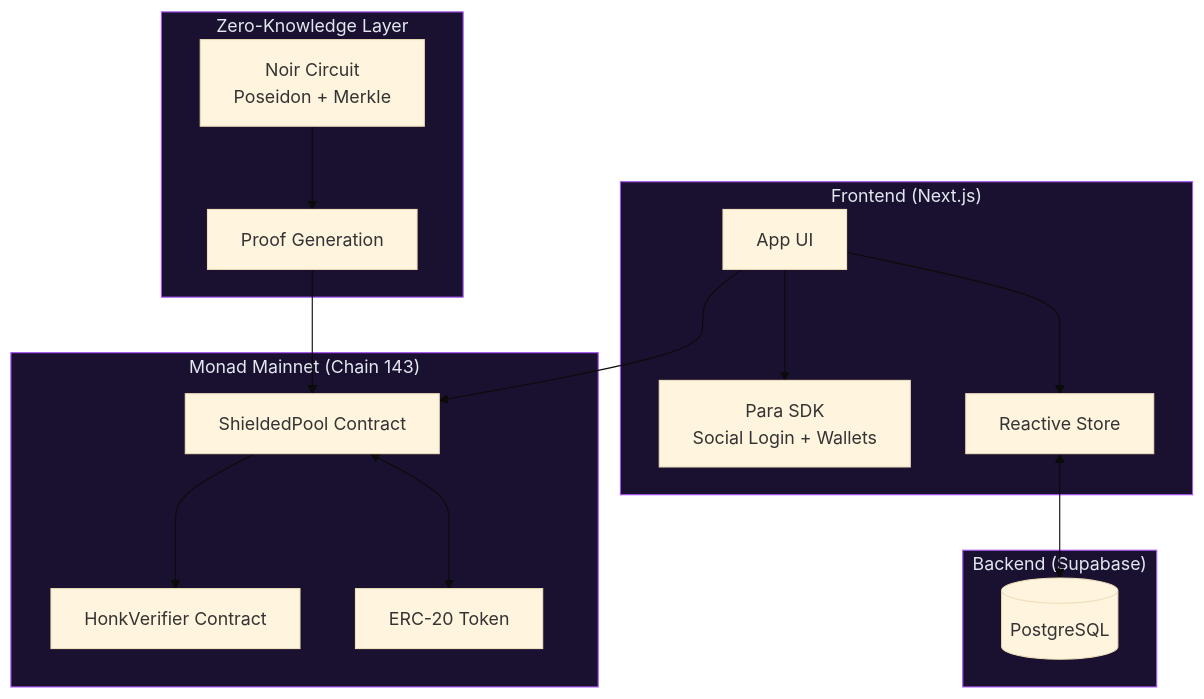
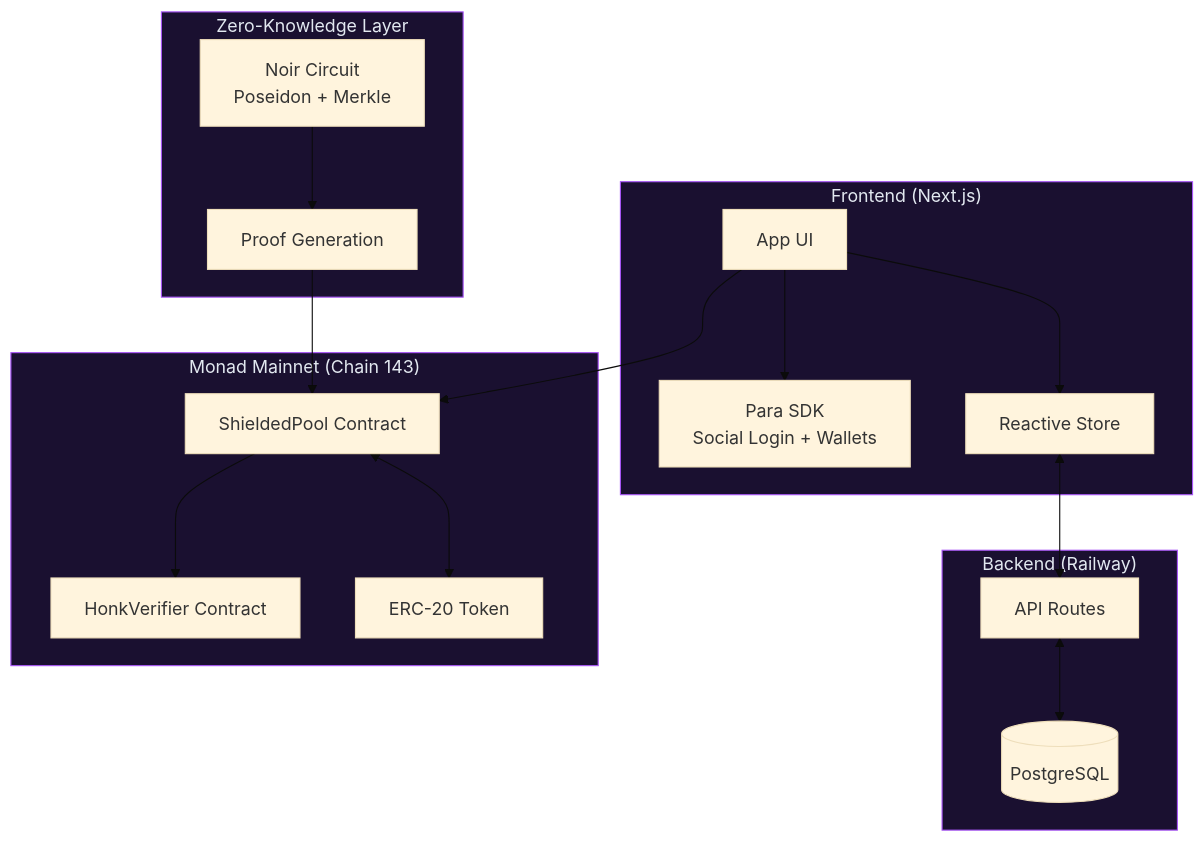
One commit to 0xj4an/blizkperse changed the first of 4 diagrams in README.md. Above: the diagram before and after it, drawn with Mermaid (base theme). The commit also changed other lines of this file and 25 other files, not shown here.

Commit message:
feat: add ZK claim flow, contract ABIs, API routes, and merkle utils

````diff
--- a/README.md
+++ b/README.md
@@ -17,37 +17,39 @@
 ```mermaid
 graph TB
     subgraph Frontend["Frontend (Next.js)"]
         UI[App UI]
         Auth[Para SDK<br/>Social Login + Wallets]
         Store[Reactive Store]
     end
 
-    subgraph Backend["Backend (Supabase)"]
+    subgraph Backend["Backend (Railway)"]
+        API[API Routes]
         DB[(PostgreSQL)]
     end
 
     subgraph Blockchain["Monad Mainnet (Chain 143)"]
         Pool[ShieldedPool Contract]
         Verifier[HonkVerifier Contract]
         USDC[ERC-20 Token]
     end
 
     subgraph ZK["Zero-Knowledge Layer"]
         Circuit[Noir Circuit<br/>Poseidon + Merkle]
         Proof[Proof Generation]
     end
 
     UI --> Auth
     UI --> Store
-    Store <--> DB
+    Store <--> API
+    API <--> DB
     UI --> Pool
     Pool --> Verifier
     Pool <--> USDC
     Proof --> Pool
     Circuit --> Proof
 
     style Frontend fill:#1a1030,stroke:#a855f7,color:#e2e8f0
     style Backend fill:#1a1030,stroke:#a855f7,color:#e2e8f0
     style Blockchain fill:#1a1030,stroke:#a855f7,color:#e2e8f0
     style ZK fill:#1a1030,stroke:#a855f7,color:#e2e8f0
 ```
````
